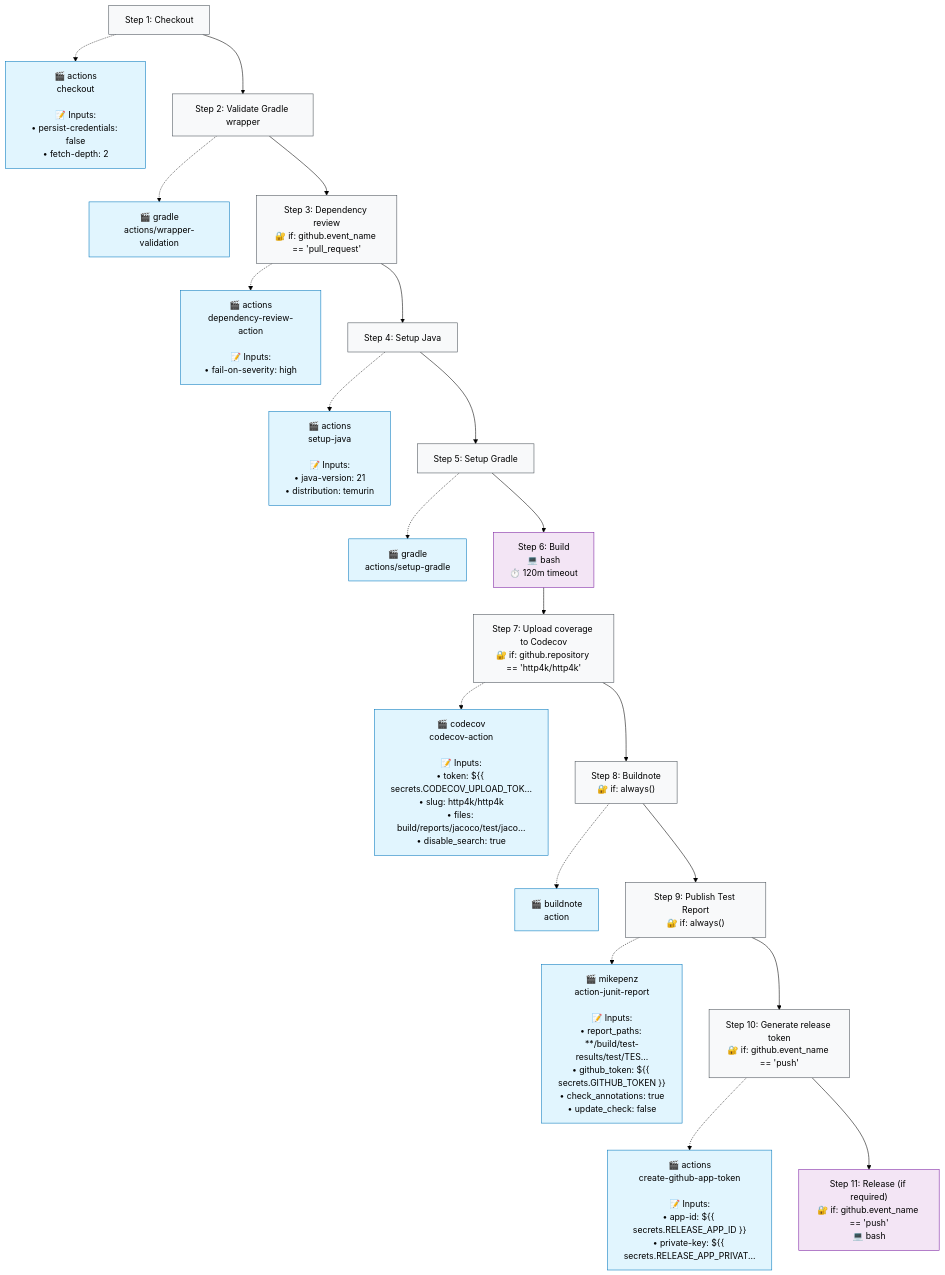
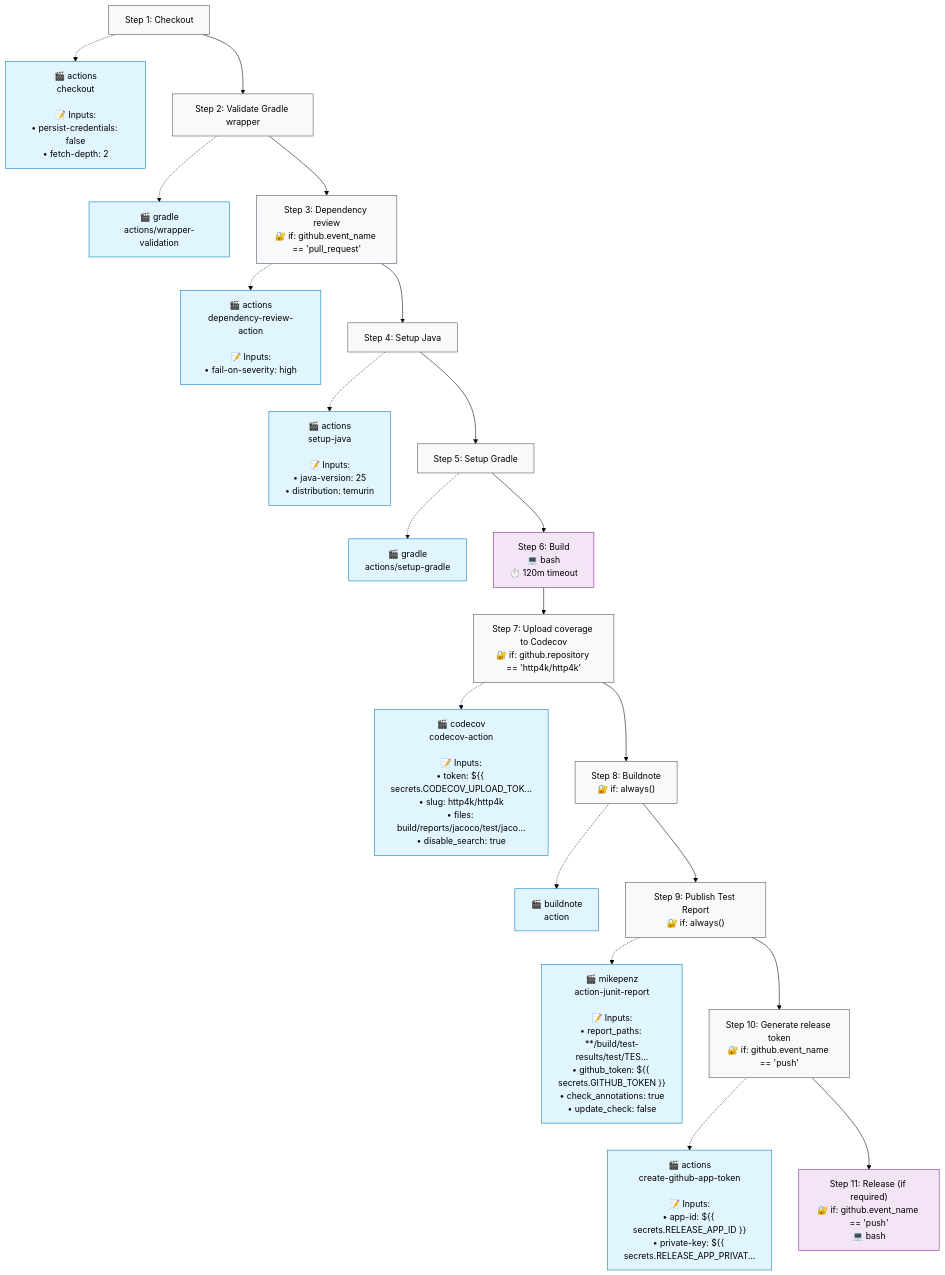
One commit to http4k/http4k changed the second of 2 diagrams in .github/typeflows/build-http4k/README.md. Above: the diagram before and after it, drawn with Mermaid (forest theme). The commit also changed 29 other files, not shown here.

````diff
--- a/.github/typeflows/build-http4k/README.md
+++ b/.github/typeflows/build-http4k/README.md
@@ -24,63 +24,63 @@
 ```mermaid
 %%{init: {"flowchart": {"curve": "basis"}}}%%
 flowchart TD
     step1["Step 1: Checkout"]
     style step1 fill:#f8f9fa,stroke:#495057
     action1["🎬 actions<br/>checkout<br/><br/>📝 Inputs:<br/>• persist-credentials: false<br/>• fetch-depth: 2"]
     style action1 fill:#e1f5fe,stroke:#0277bd
     step1 -.-> action1
     step2["Step 2: Validate Gradle wrapper"]
     style step2 fill:#f8f9fa,stroke:#495057
     action2["🎬 gradle<br/>actions/wrapper-validation"]
     style action2 fill:#e1f5fe,stroke:#0277bd
     step2 -.-> action2
     step1 --> step2
     step3["Step 3: Dependency review<br/>🔐 if: github.event_name == 'pull_request'"]
     style step3 fill:#f8f9fa,stroke:#495057
     action3["🎬 actions<br/>dependency-review-action<br/><br/>📝 Inputs:<br/>• fail-on-severity: high"]
     style action3 fill:#e1f5fe,stroke:#0277bd
     step3 -.-> action3
     step2 --> step3
     step4["Step 4: Setup Java"]
     style step4 fill:#f8f9fa,stroke:#495057
-    action4["🎬 actions<br/>setup-java<br/><br/>📝 Inputs:<br/>• java-version: 21<br/>• distribution: temurin"]
+    action4["🎬 actions<br/>setup-java<br/><br/>📝 Inputs:<br/>• java-version: 25<br/>• distribution: temurin"]
     style action4 fill:#e1f5fe,stroke:#0277bd
     step4 -.-> action4
     step3 --> step4
     step5["Step 5: Setup Gradle"]
     style step5 fill:#f8f9fa,stroke:#495057
     action5["🎬 gradle<br/>actions/setup-gradle"]
     style action5 fill:#e1f5fe,stroke:#0277bd
     step5 -.-> action5
     step4 --> step5
     step6["Step 6: Build<br/>💻 bash<br/>⏱️ 120m timeout"]
     style step6 fill:#f3e5f5,stroke:#7b1fa2
     step5 --> step6
     step7["Step 7: Upload coverage to Codecov<br/>🔐 if: github.repository == 'http4k/http4k'"]
     style step7 fill:#f8f9fa,stroke:#495057
     action7["🎬 codecov<br/>codecov-action<br/><br/>📝 Inputs:<br/>• token: ${{ secrets.CODECOV_UPLOAD_TOK...<br/>• slug: http4k/http4k<br/>• files: build/reports/jacoco/test/jaco...<br/>• disable_search: true"]
     style action7 fill:#e1f5fe,stroke:#0277bd
     step7 -.-> action7
     step6 --> step7
     step8["Step 8: Buildnote<br/>🔐 if: always()"]
     style step8 fill:#f8f9fa,stroke:#495057
     action8["🎬 buildnote<br/>action"]
     style action8 fill:#e1f5fe,stroke:#0277bd
     step8 -.-> action8
     step7 --> step8
     step9["Step 9: Publish Test Report<br/>🔐 if: always()"]
     style step9 fill:#f8f9fa,stroke:#495057
     action9["🎬 mikepenz<br/>action-junit-report<br/><br/>📝 Inputs:<br/>• report_paths: **/build/test-results/test/TES...<br/>• github_token: ${{ secrets.GITHUB_TOKEN }}<br/>• check_annotations: true<br/>• update_check: false"]
     style action9 fill:#e1f5fe,stroke:#0277bd
     step9 -.-> action9
     step8 --> step9
     step10["Step 10: Generate release token<br/>🔐 if: github.event_name == 'push'"]
     style step10 fill:#f8f9fa,stroke:#495057
     action10["🎬 actions<br/>create-github-app-token<br/><br/>📝 Inputs:<br/>• app-id: ${{ secrets.RELEASE_APP_ID }}<br/>• private-key: ${{ secrets.RELEASE_APP_PRIVAT..."]
     style action10 fill:#e1f5fe,stroke:#0277bd
     step10 -.-> action10
     step9 --> step10
     step11["Step 11: Release (if required)<br/>🔐 if: github.event_name == 'push'<br/>💻 bash"]
     style step11 fill:#f3e5f5,stroke:#7b1fa2
     step10 --> step11
 ```
````
